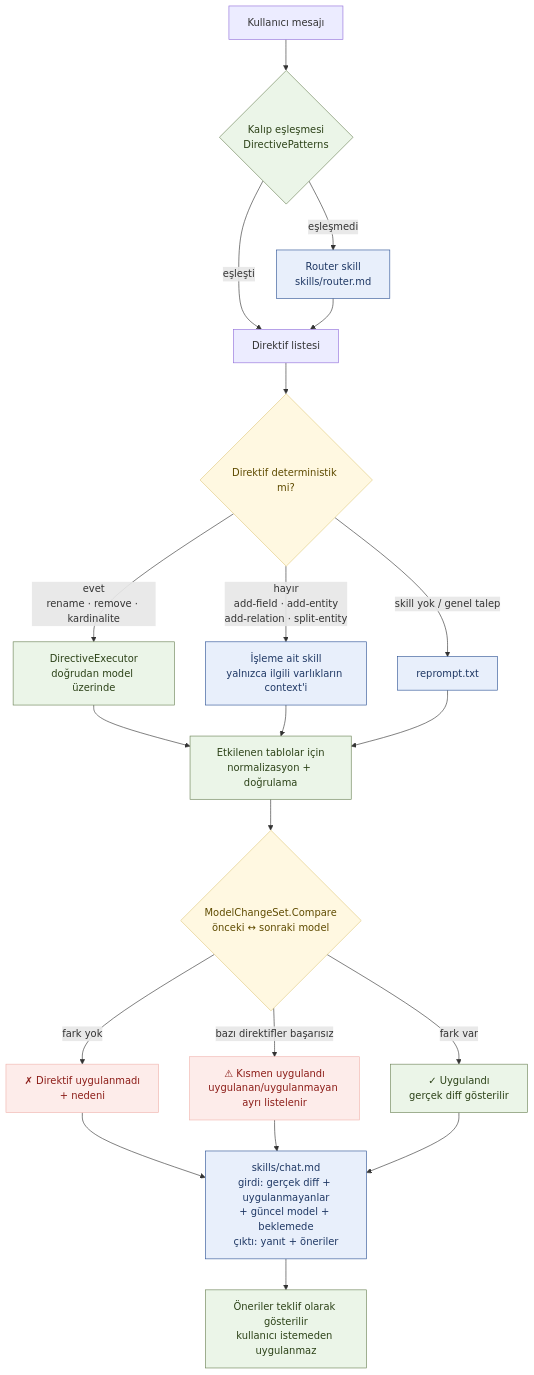
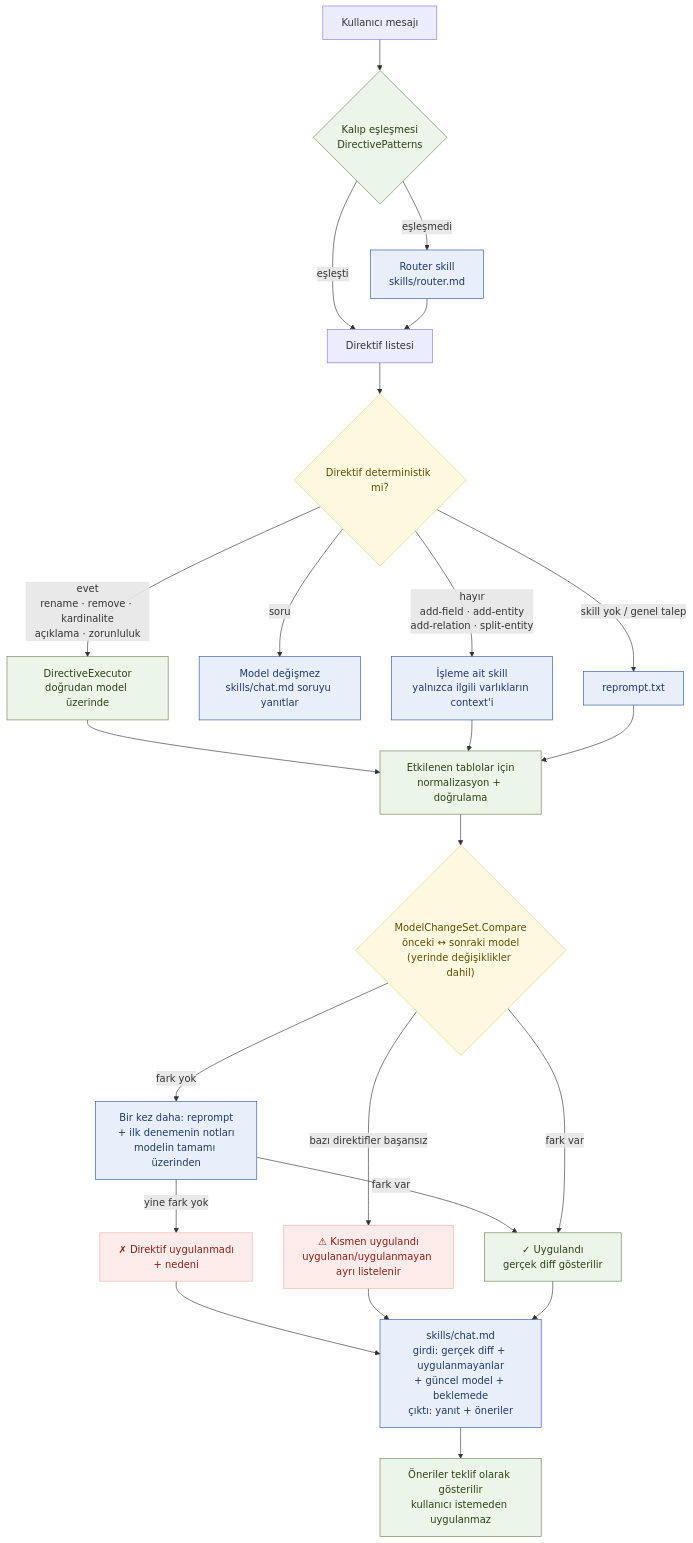
One commit to keremgul/DataModelGenerator changed the fourth of 4 diagrams in docs/pipeline.md. Above: the diagram before and after it, drawn with Mermaid. The commit also changed other lines of this file and 34 other files, not shown here.

````diff
--- a/docs/pipeline.md
+++ b/docs/pipeline.md
@@ -163,31 +163,34 @@
 ```mermaid
 flowchart TD
     M["Kullanıcı mesajı"] --> R1{"Kalıp eşleşmesi<br/>DirectivePatterns"}:::code
     R1 -- "eşleşti" --> DIR["Direktif listesi"]
     R1 -- "eşleşmedi" --> R2["Router skill<br/>skills/router.md"]:::llm
     R2 --> DIR
 
     DIR --> Q{"Direktif deterministik mi?"}:::guard
-    Q -- "evet<br/>rename · remove · kardinalite" --> EX["DirectiveExecutor<br/>doğrudan model üzerinde"]:::code
+    Q -- "evet<br/>rename · remove · kardinalite<br/>açıklama · zorunluluk" --> EX["DirectiveExecutor<br/>doğrudan model üzerinde"]:::code
+    Q -- "soru" --> ANS["Model değişmez<br/>skills/chat.md soruyu yanıtlar"]:::llm
     Q -- "hayır<br/>add-field · add-entity<br/>add-relation · split-entity" --> SK["İşleme ait skill<br/>yalnızca ilgili varlıkların context'i"]:::llm
     Q -- "skill yok / genel talep" --> RP["reprompt.txt"]:::llm
 
     EX --> ND["Etkilenen tablolar için<br/>normalizasyon + doğrulama"]:::code
     SK --> ND
     RP --> ND
 
-    ND --> DF{"ModelChangeSet.Compare<br/>önceki ↔ sonraki model"}:::guard
-    DF -- "fark yok" --> NA["✗ Direktif uygulanmadı<br/>+ nedeni"]:::pending
+    ND --> DF{"ModelChangeSet.Compare<br/>önceki ↔ sonraki model<br/>(yerinde değişiklikler dahil)"}:::guard
+    DF -- "fark yok" --> RT["Bir kez daha: reprompt<br/>+ ilk denemenin notları<br/>modelin tamamı üzerinden"]:::llm
+    RT -- "yine fark yok" --> NA["✗ Direktif uygulanmadı<br/>+ nedeni"]:::pending
+    RT -- "fark var" --> OK
     DF -- "bazı direktifler başarısız" --> PA["⚠ Kısmen uygulandı<br/>uygulanan/uygulanmayan ayrı listelenir"]:::pending
     DF -- "fark var" --> OK["✓ Uygulandı<br/>gerçek diff gösterilir"]:::code
 
     NA --> CH
     PA --> CH
     OK --> CH["skills/chat.md<br/>girdi: gerçek diff + uygulanmayanlar<br/>+ güncel model + beklemede<br/>çıktı: yanıt + öneriler"]:::llm
     CH --> SG["Öneriler teklif olarak gösterilir<br/>kullanıcı istemeden uygulanmaz"]:::code
 
     classDef llm fill:#E8EFFB,stroke:#2F5496,color:#1F3864
     classDef code fill:#EBF5E8,stroke:#6C8256,color:#2C4218
     classDef guard fill:#FFF8E1,stroke:#E0C97F,color:#5F4B00
     classDef pending fill:#FDECEA,stroke:#F0B4AE,color:#8C1D18
 ```
````
